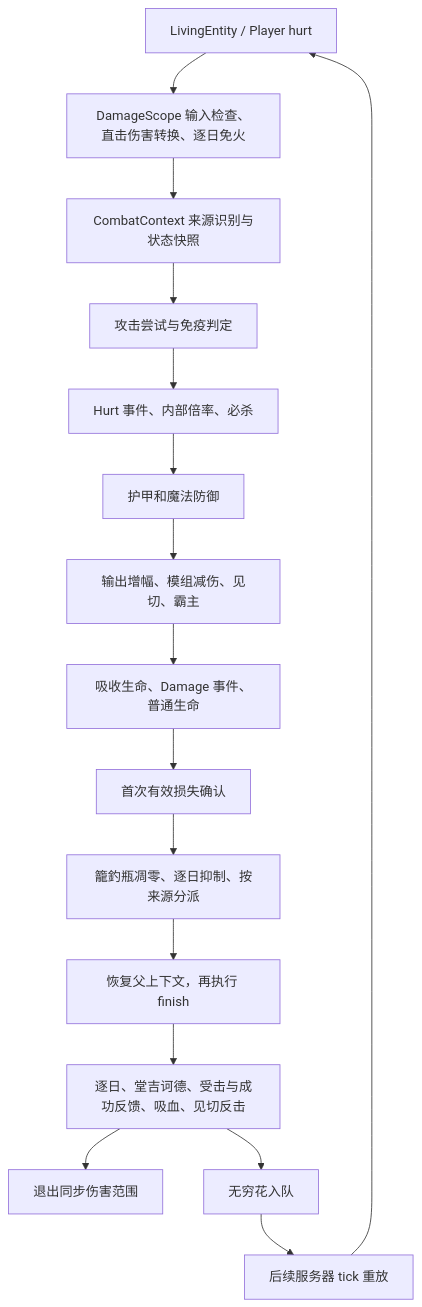
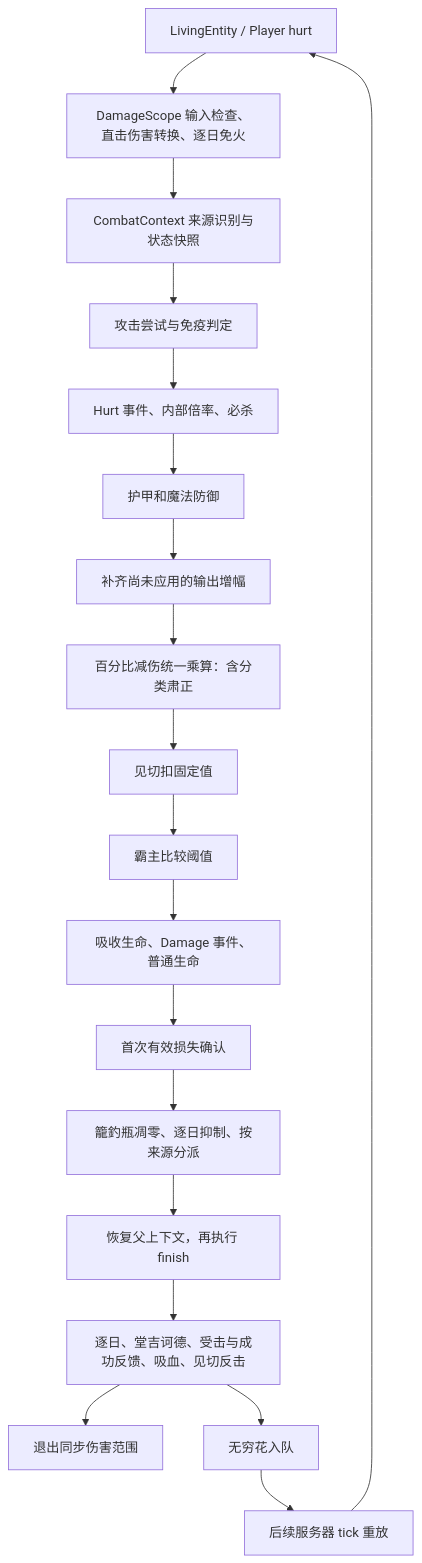
Before and after one commit to 3101516445z-dotcom/The-Long-Travail: the diagram in docs/开发者查阅/伤害结算与追加效果.md, drawn with Mermaid. The commit also changed other lines of this file and 45 other files, not shown here.

````diff
--- a/docs/开发者查阅/伤害结算与追加效果.md
+++ b/docs/开发者查阅/伤害结算与追加效果.md
@@ -9,18 +9,21 @@
 ```mermaid
 flowchart TD
     A[LivingEntity / Player hurt] --> B[DamageScope 输入检查、直击伤害转换、逐日免火]
     B --> C[CombatContext 来源识别与状态快照]
     C --> D[攻击尝试与免疫判定]
     D --> E[Hurt 事件、内部倍率、必杀]
     E --> F[护甲和魔法防御]
-    F --> G[输出增幅、模组减伤、见切、霸主]
-    G --> H[吸收生命、Damage 事件、普通生命]
+    F --> G[补齐尚未应用的输出增幅]
+    G --> P[百分比减伤统一乘算：含分类肃正]
+    P --> Q[见切扣固定值]
+    Q --> R[霸主比较阈值]
+    R --> H[吸收生命、Damage 事件、普通生命]
     H --> I[首次有效损失确认]
     I --> J[籠釣瓶凋零、逐日抑制、按来源分派]
     J --> K[恢复父上下文，再执行 finish]
     K --> L[逐日、堂吉诃德、受击与成功反馈、吸血、见切反击]
     L --> M[退出同步伤害范围]
     L --> N[无穷花入队]
     N --> O[后续服务器 tick 重放]
     O --> A
 ```
````
